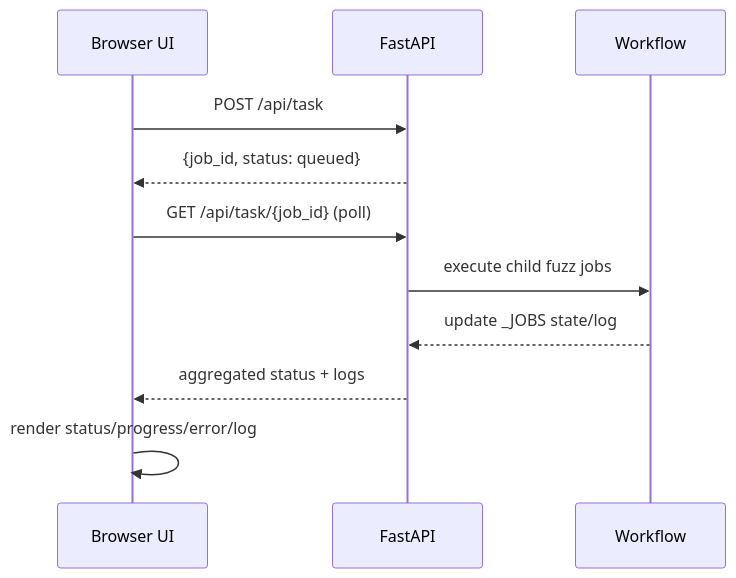
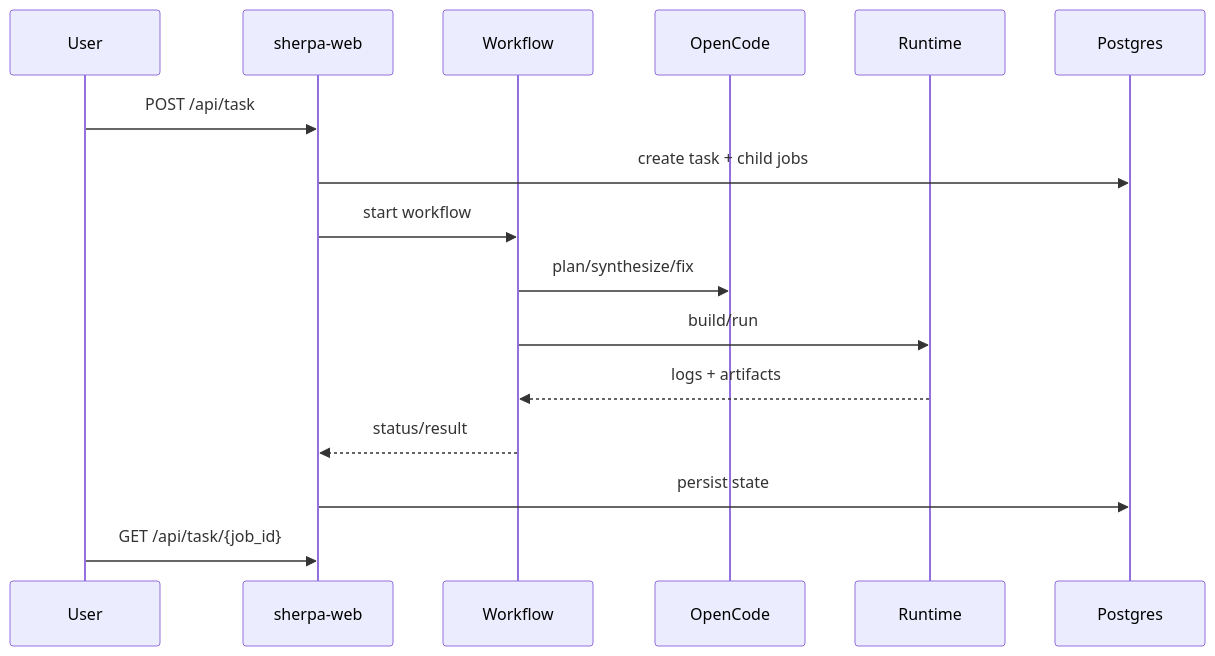
One commit to ZUENS2020/Sherpa changed the fourth of 6 diagrams in README.md. Above: the diagram before and after it, drawn with Mermaid. The commit also changed other lines of this file and 3 other files, not shown here.

````diff
--- a/README.md
+++ b/README.md
@@ -536,14 +105,19 @@
 ```mermaid
 sequenceDiagram
-  participant UI as Browser UI
-  participant API as FastAPI
+  participant U as User
+  participant API as sherpa-web
   participant WF as Workflow
+  participant OC as OpenCode
+  participant RT as Runtime
+  participant DB as Postgres
 
-  UI->>API: POST /api/task
-  API-->>UI: {job_id, status: queued}
-  UI->>API: GET /api/task/{job_id} (poll)
-  API->>WF: execute child fuzz jobs
-  WF-->>API: update _JOBS state/log
-  API-->>UI: aggregated status + logs
-  UI->>UI: render status/progress/error/log
+  U->>API: POST /api/task
+  API->>DB: create task + child jobs
+  API->>WF: start workflow
+  WF->>OC: plan/synthesize/fix
+  WF->>RT: build/run
+  RT-->>WF: logs + artifacts
+  WF-->>API: status/result
+  API->>DB: persist state
+  U->>API: GET /api/task/{job_id}
 ```
````
